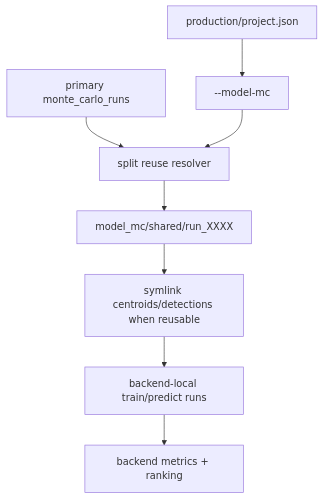
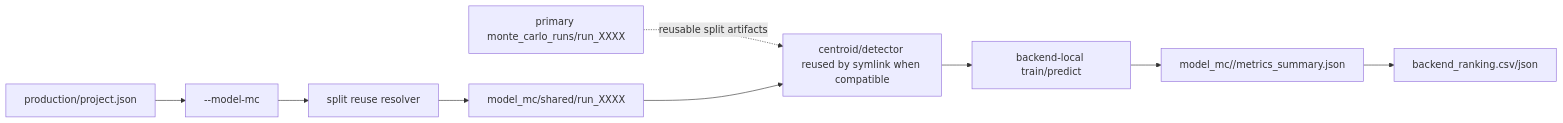
One commit to Goliath-Research/GoliathWorkflow changed the third of 3 diagrams in docs/MethylPipeline-overview.qmd. Above: the diagram before and after it, drawn with Mermaid. The commit also changed other lines of this file and 1 other file, not shown here.

````diff
--- a/docs/MethylPipeline-overview.qmd
+++ b/docs/MethylPipeline-overview.qmd
@@ -264,10 +284,11 @@
 ```mermaid
-flowchart TD
+flowchart LR
     A["production/project.json"] --> B["--model-mc"]
-    C["primary monte_carlo_runs"] --> D["split reuse resolver"]
-    B --> D
+    C["primary monte_carlo_runs/run_XXXX"] -. reusable split artifacts .-> F
+    B --> D["split reuse resolver"]
     D --> E["model_mc/shared/run_XXXX"]
-    E --> F["symlink centroids/detections when reusable"]
-    F --> G["backend-local train/predict runs"]
-    G --> H["backend metrics + ranking"]
+    E --> F["centroid/detector reused by symlink when compatible"]
+    F --> G["backend-local train/predict"]
+    G --> H["model_mc/<backend>/metrics_summary.json"]
+    H --> I["backend_ranking.csv/json"]
 ```
````
